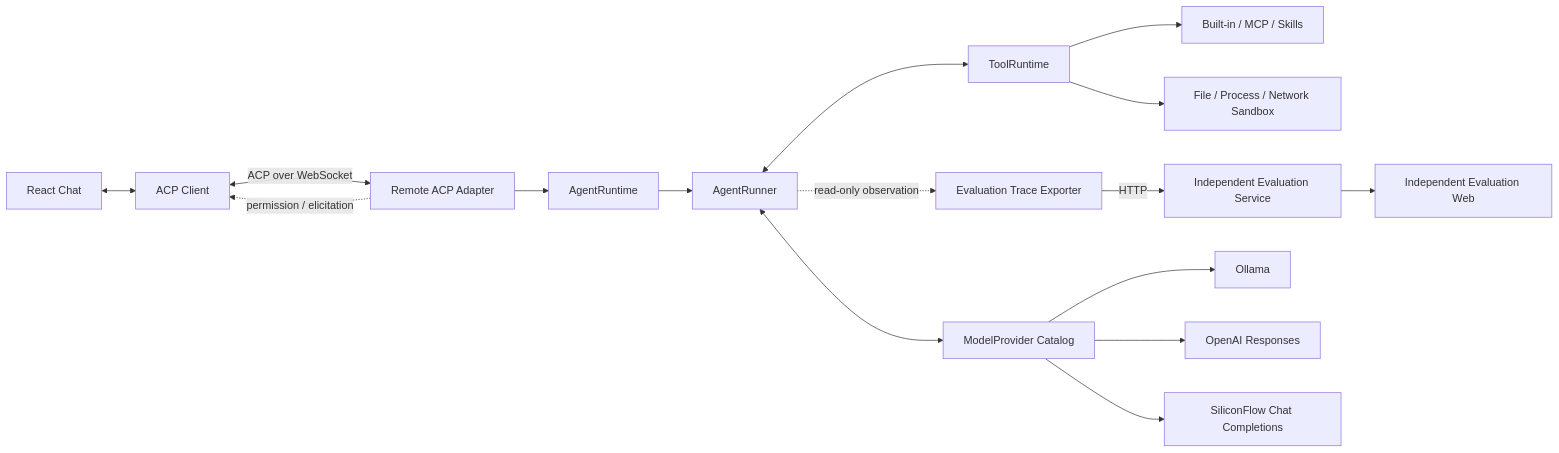
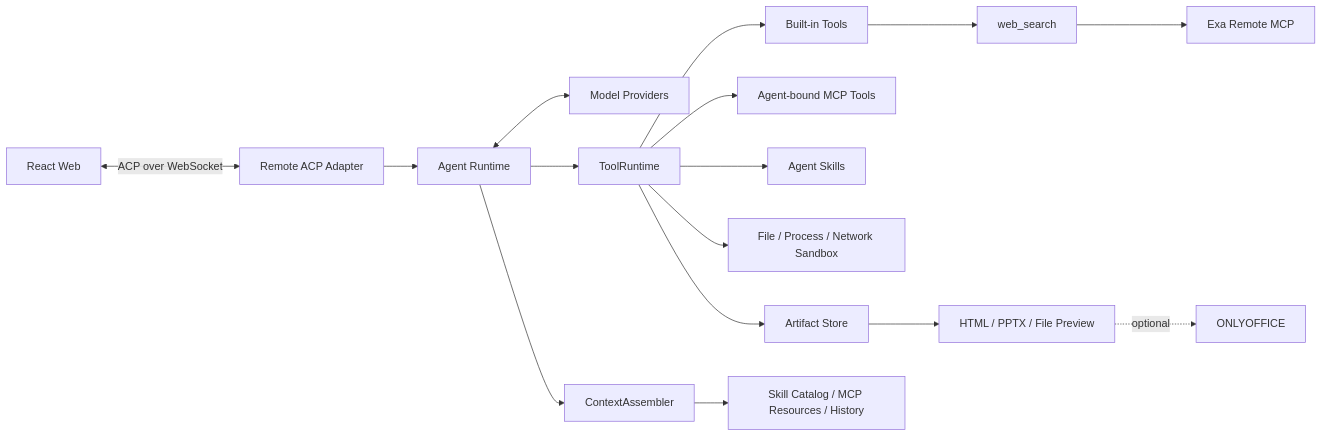
One commit to bambibren/Models-Kindergarten changed the diagram in README.md. Above: the diagram before and after it, drawn with Mermaid. The commit also changed other lines of this file and 82 other files, not shown here.

````diff
--- a/README.md
+++ b/README.md
@@ -7,26 +96,18 @@
 ```mermaid
 flowchart LR
-    UI[React Chat]
-    ACP[ACP Client]
-    Adapter[Remote ACP Adapter]
-    Runtime[AgentRuntime]
-    Runner[AgentRunner]
-    Model[ModelProvider Catalog]
-    Tools[ToolRuntime]
-    Capabilities[Built-in / MCP / Skills]
-    Sandbox[File / Process / Network Sandbox]
-    Exporter[Evaluation Trace Exporter]
-    Eval[Independent Evaluation Service]
-    EvalUI[Independent Evaluation Web]
-
-    UI <--> ACP <-->|ACP over WebSocket| Adapter
-    Adapter --> Runtime --> Runner
-    Runner <--> Model
-    Model --> Ollama[Ollama]
-    Model --> Responses[OpenAI Responses]
-    Model --> Chat[SiliconFlow Chat Completions]
-    Runner <--> Tools --> Capabilities
-    Tools --> Sandbox
-    Adapter -. permission / elicitation .-> ACP
-    Runner -. read-only observation .-> Exporter -->|HTTP| Eval --> EvalUI
+    Web[React Web] <-->|ACP over WebSocket| Remote[Remote ACP Adapter]
+    Remote --> Runtime[Agent Runtime]
+    Runtime <--> Model[Model Providers]
+    Runtime --> Tools[ToolRuntime]
+    Tools --> Builtin[Built-in Tools]
+    Builtin --> Search[web_search]
+    Search --> Exa[Exa Remote MCP]
+    Tools --> ManagedMCP[Agent-bound MCP Tools]
+    Tools --> Skills[Agent Skills]
+    Tools --> Sandbox[File / Process / Network Sandbox]
+    Tools --> Store[Artifact Store]
+    Runtime --> Context[ContextAssembler]
+    Context --> Resources[Skill Catalog / MCP Resources / History]
+    Store --> Preview[HTML / PPTX / File Preview]
+    Preview -. optional .-> Office[ONLYOFFICE]
 ```
````
